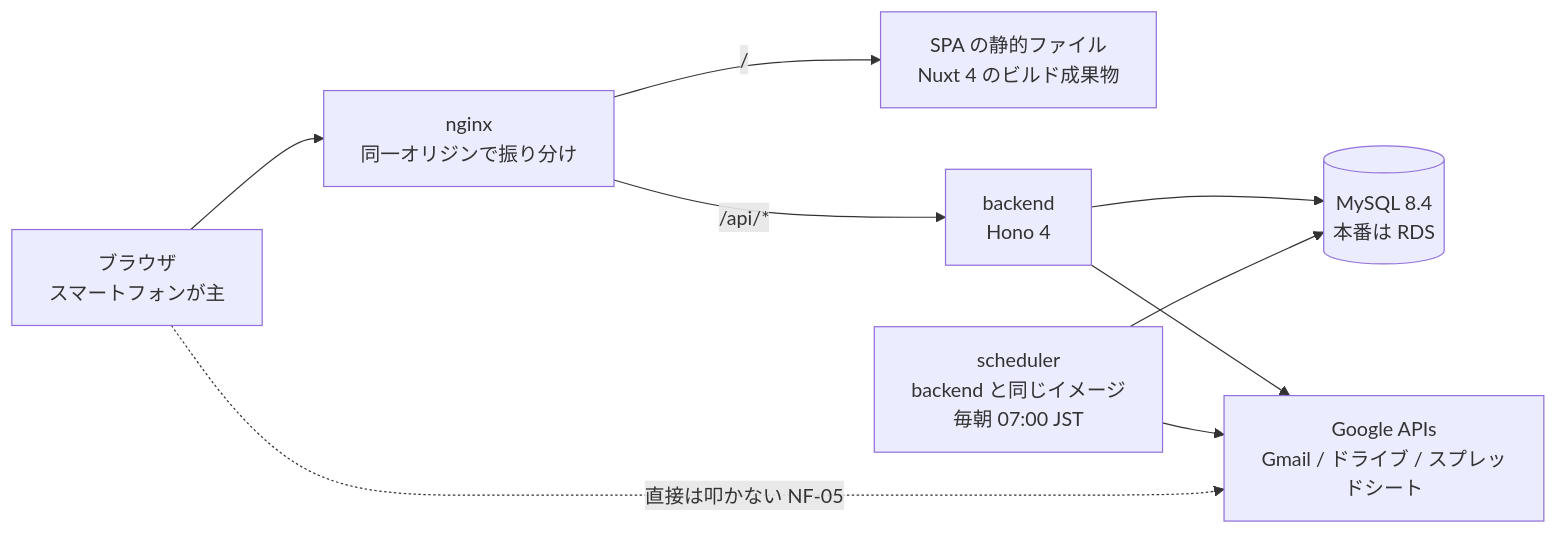
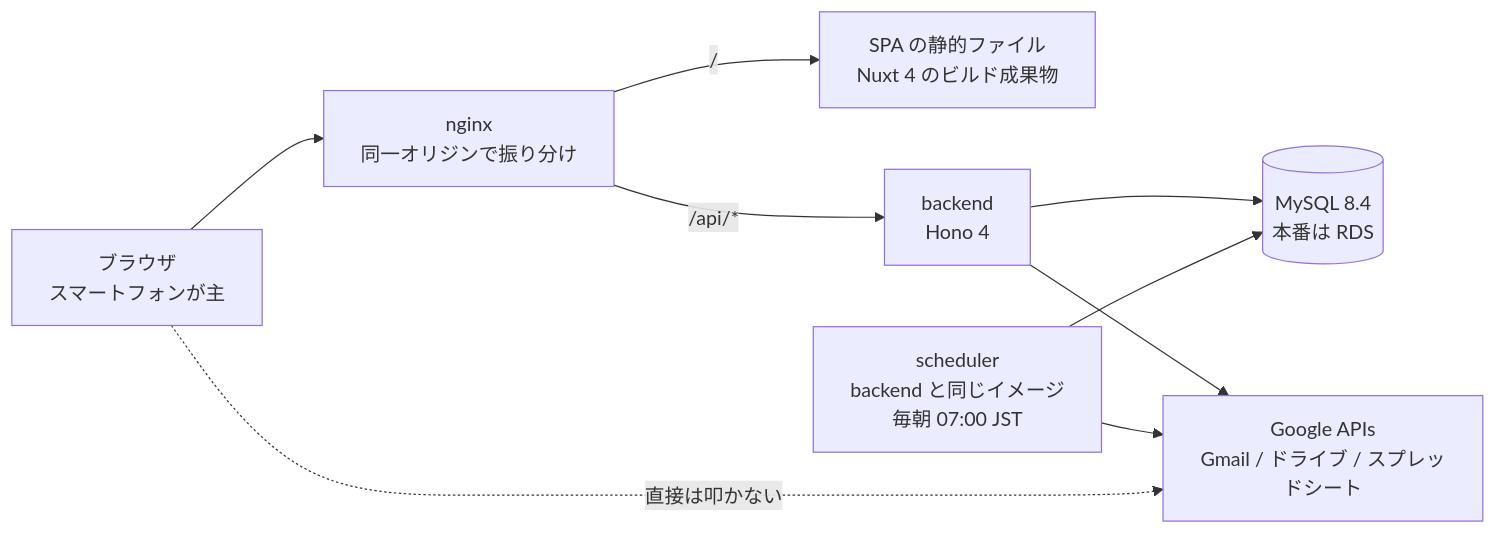
The diagram in README.md (tk-media-code/expense-claim), drawn with Mermaid before and after one commit. The commit also changed other lines of this file, not shown here.

````diff
--- a/README.md
+++ b/README.md
@@ -100,11 +99,11 @@
 ```mermaid
 flowchart LR
     U["ブラウザ<br/>スマートフォンが主"] --> N["nginx<br/>同一オリジンで振り分け"]
     N -->|"/"| SPA["SPA の静的ファイル<br/>Nuxt 4 のビルド成果物"]
     N -->|"/api/*"| B["backend<br/>Hono 4"]
     B --> D[("MySQL 8.4<br/>本番は RDS")]
     B --> G["Google APIs<br/>Gmail / ドライブ / スプレッドシート"]
     SCH["scheduler<br/>backend と同じイメージ<br/>毎朝 07:00 JST"] --> D
     SCH --> G
-    U -.->|"直接は叩かない NF-05"| G
+    U -.->|"直接は叩かない"| G
 ```
````
